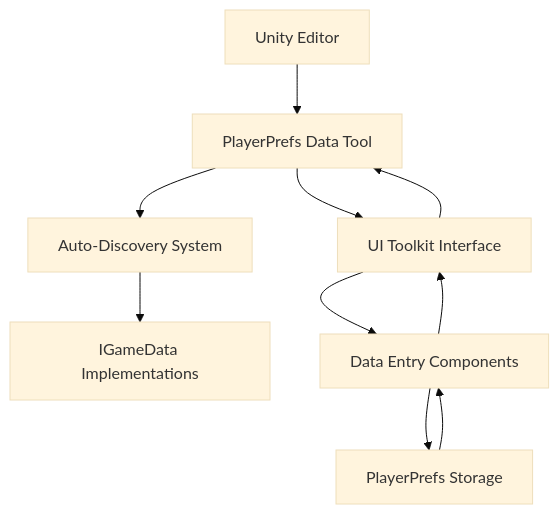
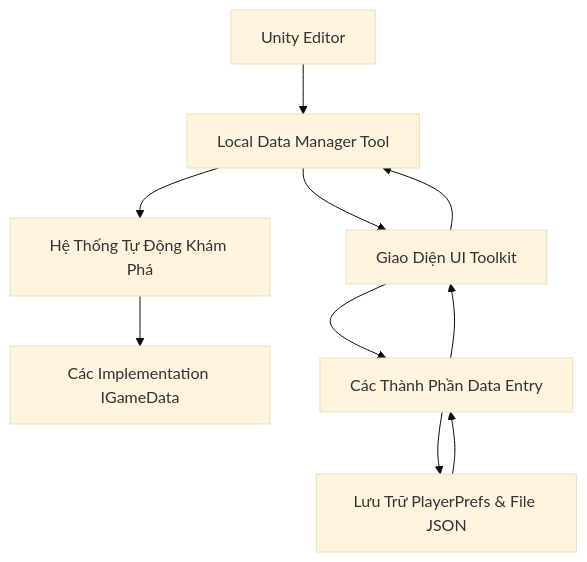
One commit to PhuNguyen182/Practical-Modules changed the diagram in Assets/Foundations/DataFlow/README.md. Above: the diagram before and after it, drawn with Mermaid (base theme). The commit also changed other lines of this file, not shown here.

````diff
--- a/Assets/Foundations/DataFlow/README.md
+++ b/Assets/Foundations/DataFlow/README.md
@@ -78,12 +80,12 @@
 ```mermaid
 graph TB
-    A[Unity Editor] --> B[PlayerPrefs Data Tool]
-    B --> C[Auto-Discovery System]
-    C --> D[IGameData Implementations]
-    B --> E[UI Toolkit Interface]
-    E --> F[Data Entry Components]
-    F --> G[PlayerPrefs Storage]
+    A[Unity Editor] --> B[Local Data Manager Tool]
+    B --> C[Hệ Thống Tự Động Khám Phá]
+    C --> D[Các Implementation IGameData]
+    B --> E[Giao Diện UI Toolkit]
+    E --> F[Các Thành Phần Data Entry]
+    F --> G[Lưu Trữ PlayerPrefs & File JSON]
     G --> F
     F --> E
     E --> B
 ```
````
